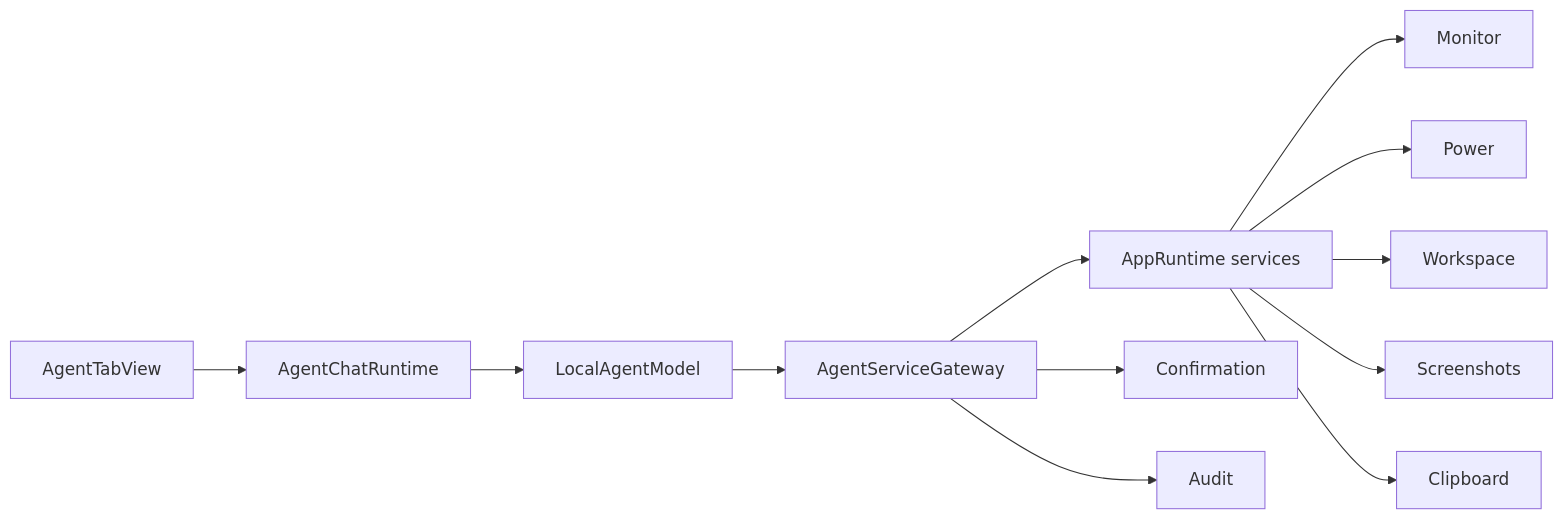
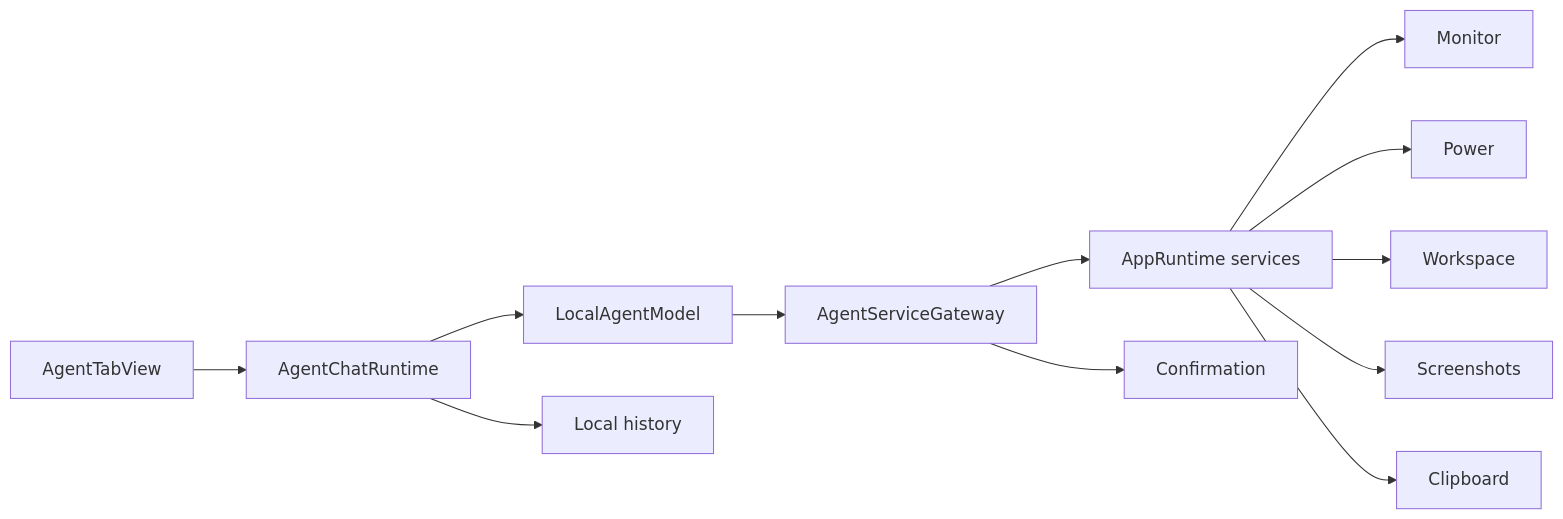
Before and after one commit to wyz541/kmp-Covio: the diagram in docs/research/local-agent/solution.md, drawn with Mermaid. The commit also changed other lines of this file and 13 other files, not shown here.

First line of the commit message:
Persist Agent history and audit events

````diff
--- a/docs/research/local-agent/solution.md
+++ b/docs/research/local-agent/solution.md
@@ -5,14 +5,14 @@
 ```mermaid
 flowchart LR
   V["AgentTabView"] --> R["AgentChatRuntime"]
   R --> L["LocalAgentModel"]
   L --> G["AgentServiceGateway"]
   G --> S["AppRuntime services"]
   G --> C["Confirmation"]
-  G --> A["Audit"]
+  R --> D["Local history"]
   S --> M["Monitor"]
   S --> P["Power"]
   S --> W["Workspace"]
   S --> H["Screenshots"]
   S --> B["Clipboard"]
 ```
````
